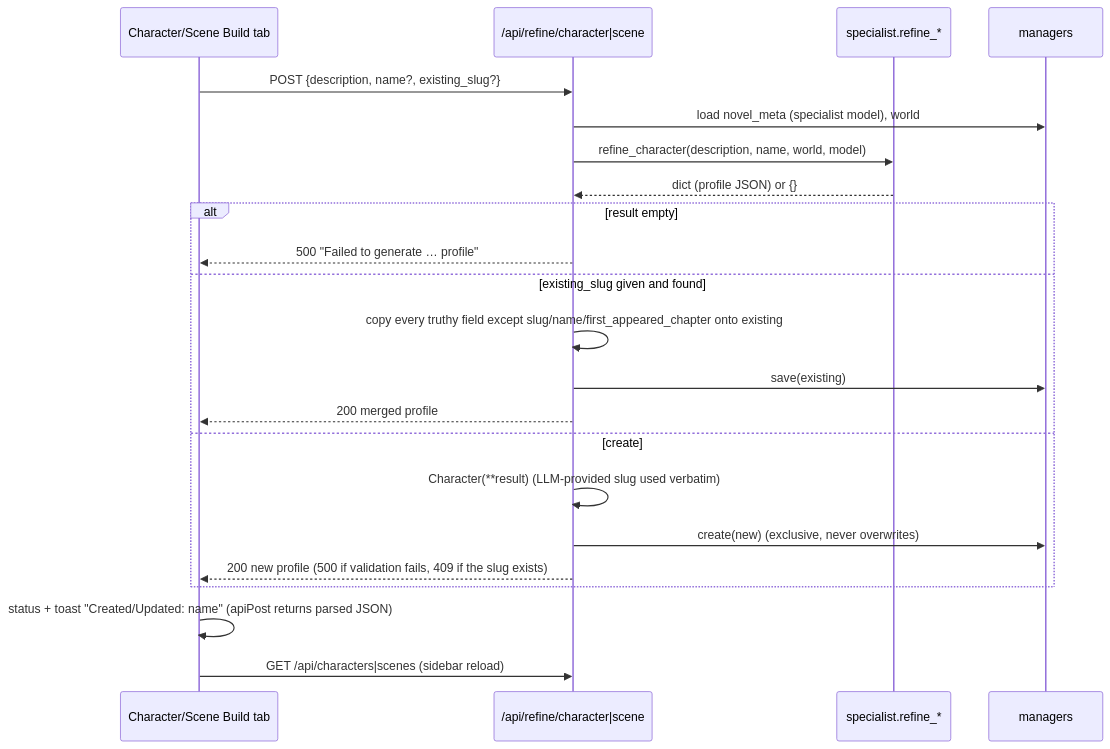
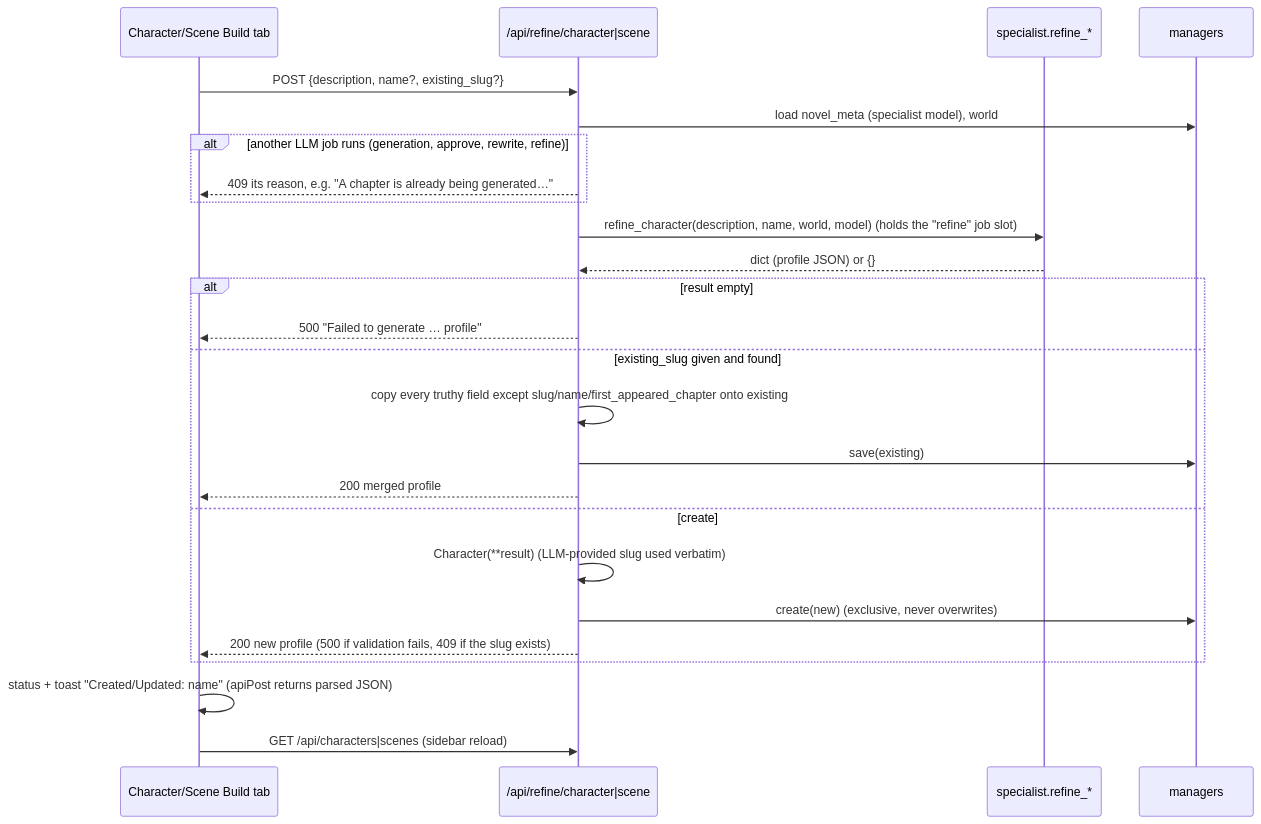
One commit to Tejasva-Maurya/AI_Writer changed the third of 3 diagrams in docs/technical/02-workflows.md. Above: the diagram before and after it, drawn with Mermaid. The commit also changed other lines of this file and 17 other files, not shown here.

First line of the commit message:
Refine endpoints join the one-LLM-job guard; edits made during a summary or world refine are kept (plan 020, KI-042)

````diff
--- a/docs/technical/02-workflows.md
+++ b/docs/technical/02-workflows.md
@@ -229,24 +230,27 @@
 ```mermaid
 sequenceDiagram
     participant UI as Character/Scene Build tab
     participant API as /api/refine/character|scene
     participant SP as specialist.refine_*
     participant FS as managers
     UI->>API: POST {description, name?, existing_slug?}
     API->>FS: load novel_meta (specialist model), world
-    API->>SP: refine_character(description, name, world, model)
+    alt another LLM job runs (generation, approve, rewrite, refine)
+        API-->>UI: 409 its reason, e.g. "A chapter is already being generated…"
+    end
+    API->>SP: refine_character(description, name, world, model)  (holds the "refine" job slot)
     SP-->>API: dict (profile JSON) or {}
     alt result empty
         API-->>UI: 500 "Failed to generate … profile"
     else existing_slug given and found
         API->>API: copy every truthy field except slug/name/first_appeared_chapter onto existing
         API->>FS: save(existing)
         API-->>UI: 200 merged profile
     else create
         API->>API: Character(**result)  (LLM-provided slug used verbatim)
         API->>FS: create(new)  (exclusive, never overwrites)
         API-->>UI: 200 new profile (500 if validation fails, 409 if the slug exists)
     end
     UI->>UI: status + toast "Created/Updated: name" (apiPost returns parsed JSON)
     UI->>API: GET /api/characters|scenes (sidebar reload)
 ```
````
